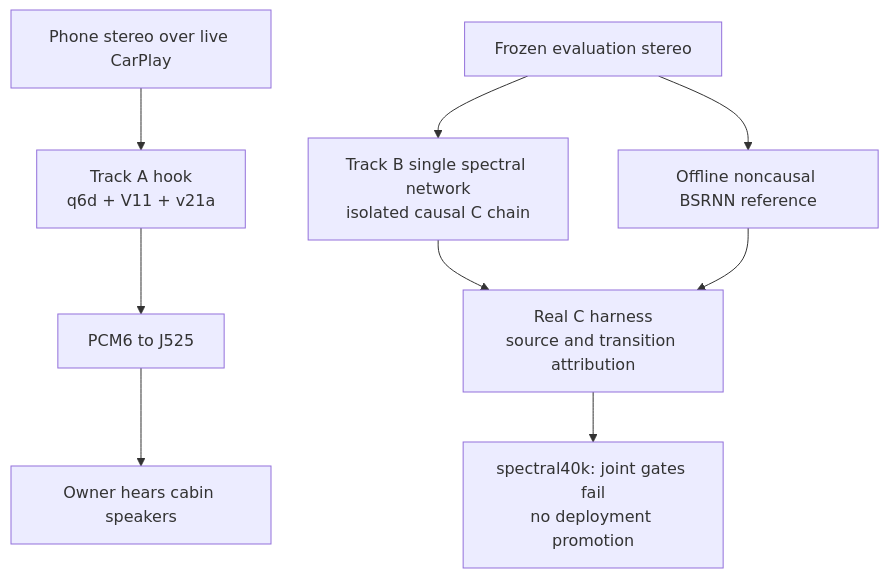
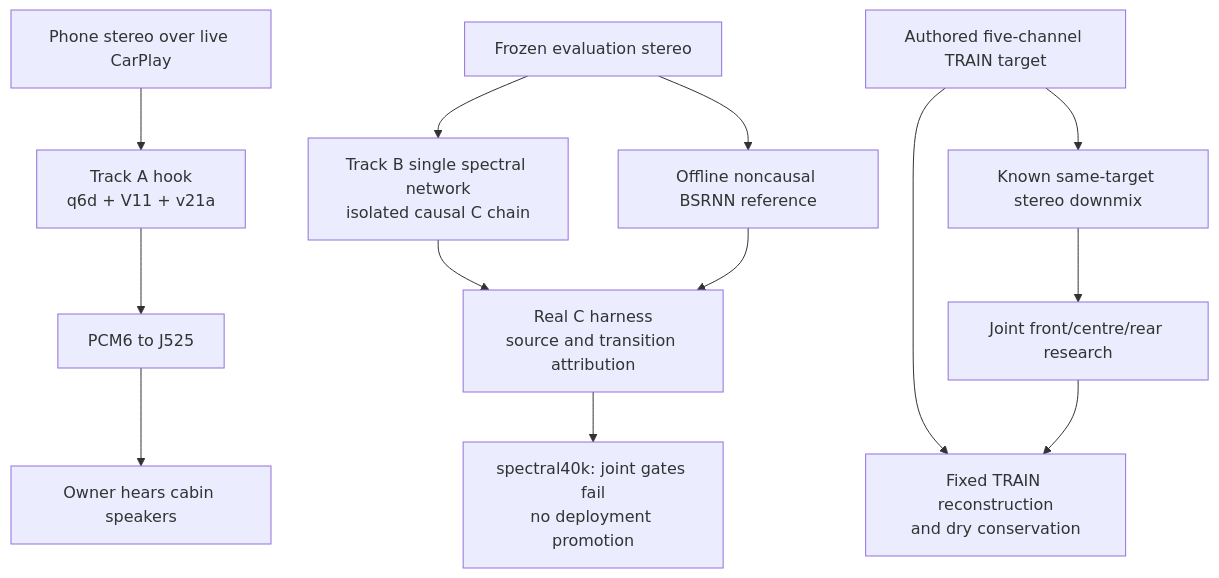
The first of 4 diagrams in docs/audio/UPMIX_DOMAIN_MODEL.md (luka-dev/mib2q-carplay-rgi), drawn with Mermaid before and after one commit. The commit also changed other lines of this file and 15 other files, not shown here.

````diff
--- a/docs/audio/UPMIX_DOMAIN_MODEL.md
+++ b/docs/audio/UPMIX_DOMAIN_MODEL.md
@@ -17,12 +21,16 @@
 ```mermaid
 flowchart TB
     accTitle: Upmix runtime and research boundaries
-    accDescr: Live CarPlay uses Track A and the cabin amplifier. Track B and the noncausal reference feed offline evaluation; the failed candidate has no deployed connection to the car.+
+    accDescr: Live CarPlay uses Track A and the cabin amplifier. The archived Track B spectral candidate feeds offline evaluation. Separate joint-scene NAS experiments feed TRAIN fitting diagnostics; neither research branch connects to the car.
     phone_stereo["Phone stereo over live CarPlay"] --> track_a["Track A hook<br/>q6d + V11 + v21a"]
     track_a --> car_pcm["PCM6 to J525"] --> cabin["Owner hears cabin speakers"]
     evaluation_mix["Frozen evaluation stereo"] --> track_b["Track B single spectral network<br/>isolated causal C chain"]
     evaluation_mix --> reference_model["Offline noncausal BSRNN reference"]
     track_b --> real_c_harness["Real C harness<br/>source and transition attribution"]
     reference_model --> real_c_harness
     real_c_harness --> final_verdict["spectral40k: joint gates fail<br/>no deployment promotion"]
+    authored_target["Authored five-channel TRAIN target"] --> known_downmix["Known same-target stereo downmix"]
+    known_downmix --> joint_scene["Joint front/centre/rear research"]
+    authored_target --> fitting_diagnostic["Fixed TRAIN reconstruction<br/>and dry conservation"]
+    joint_scene --> fitting_diagnostic
 ```
````
